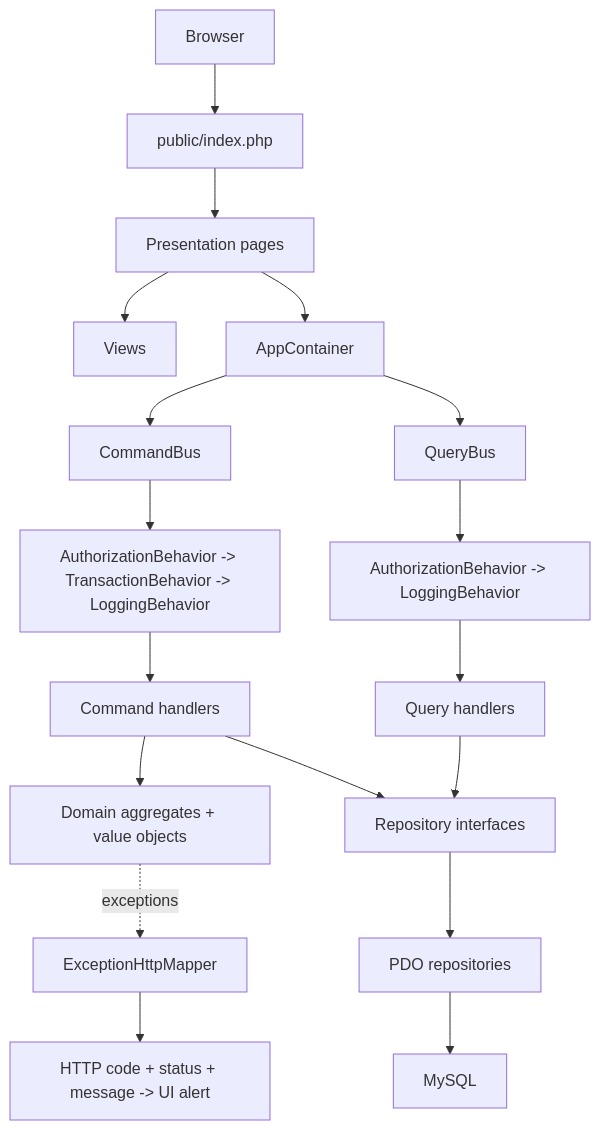
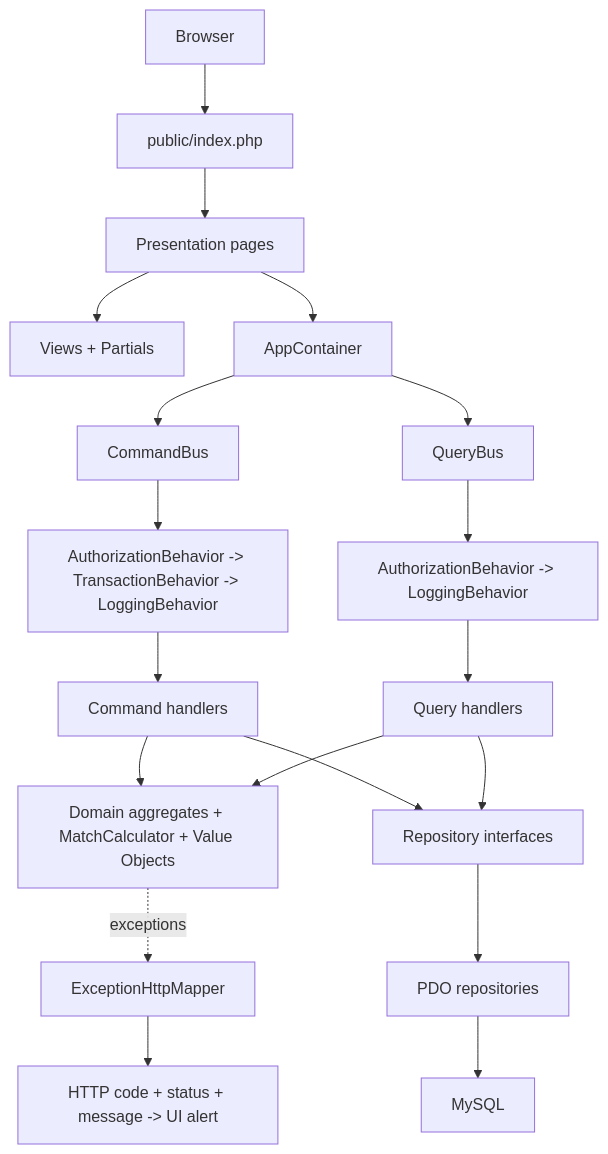
The diagram in README.md (Aureo-Bueno/job-vault), drawn with Mermaid before and after one commit. The commit also changed other lines of this file and 107 other files, not shown here.

````diff
--- a/README.md
+++ b/README.md
@@ -42,20 +46,21 @@
 ```mermaid
 flowchart TD
     A[Browser] --> B[public/index.php]
     B --> D[Presentation pages]
-    D --> E[Views]
+    D --> E[Views + Partials]
     D --> F[AppContainer]
     F --> G[CommandBus]
     F --> H[QueryBus]
     G --> X[AuthorizationBehavior -> TransactionBehavior -> LoggingBehavior]
     H --> Y[AuthorizationBehavior -> LoggingBehavior]
     X --> J[Command handlers]
     Y --> K[Query handlers]
-    J --> M[Domain aggregates + value objects]
+    J --> M[Domain aggregates + MatchCalculator + Value Objects]
+    K --> M
     J --> N[Repository interfaces]
     K --> N
     N --> O[PDO repositories]
     O --> Q[MySQL]
     M -. exceptions .-> S[ExceptionHttpMapper]
     S --> U[HTTP code + status + message -> UI alert]
 ```
````
